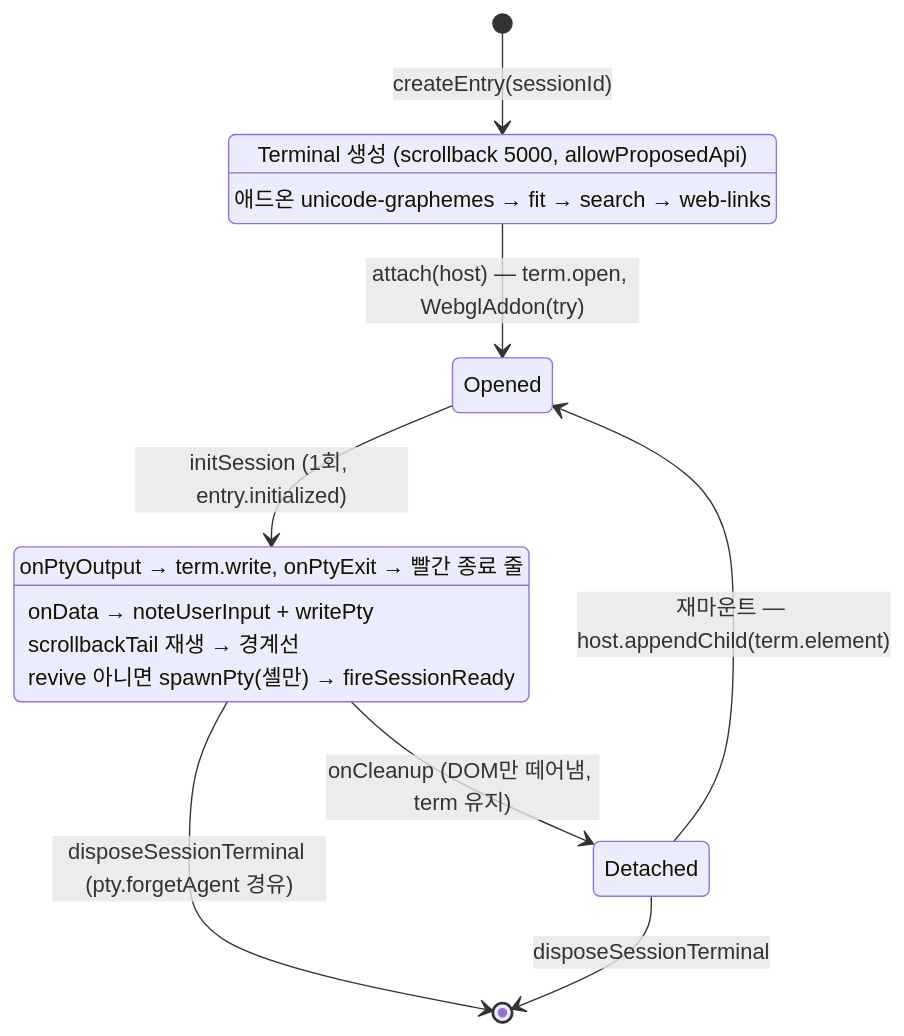
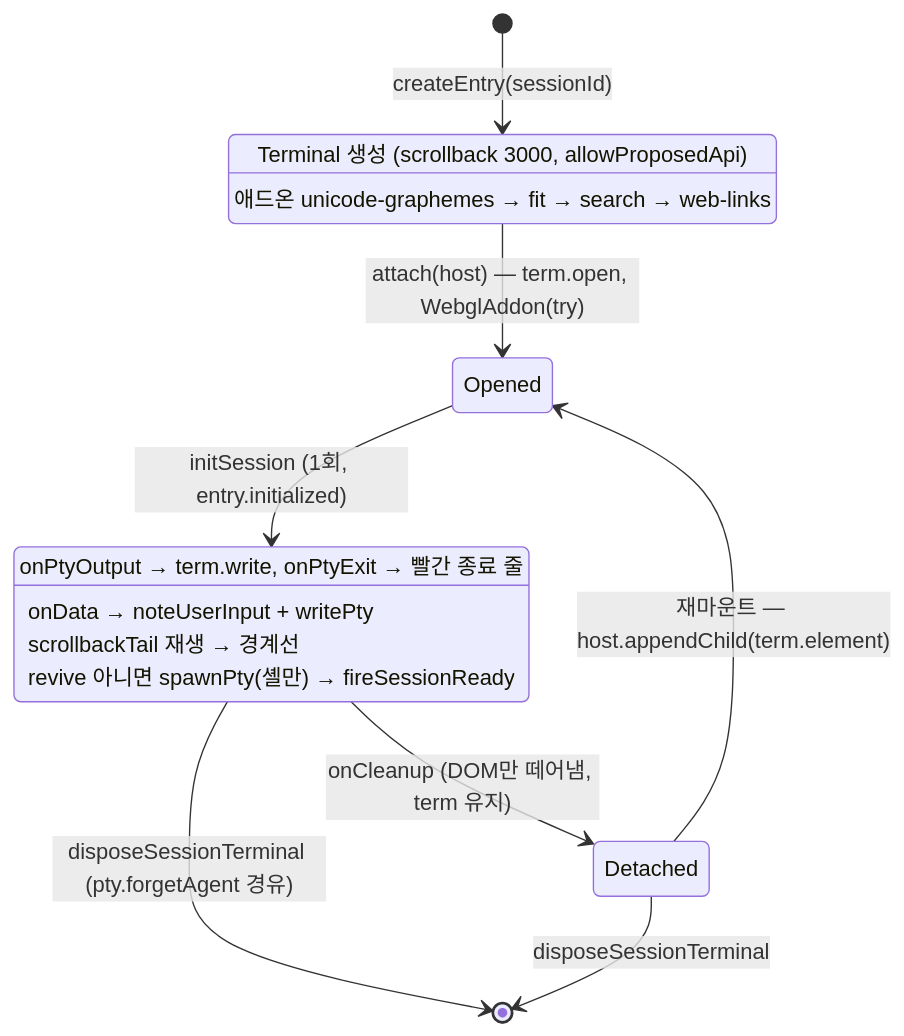
The ninth of 22 diagrams in docs/technical-guide.md (ReDocu/EQMUX), drawn with Mermaid before and after one commit. The commit also changed other lines of this file and 3 other files, not shown here.

````diff
--- a/docs/technical-guide.md
+++ b/docs/technical-guide.md
@@ -1009,16 +1009,16 @@
 ```mermaid
 stateDiagram-v2
   [*] --> Created : createEntry(sessionId)
-  Created : Terminal 생성 (scrollback 5000, allowProposedApi)
+  Created : Terminal 생성 (scrollback 3000, allowProposedApi)
   Created : 애드온 unicode-graphemes → fit → search → web-links
   Created --> Opened : attach(host) — term.open, WebglAddon(try)
   Opened --> Initialized : initSession (1회, entry.initialized)
   Initialized : onPtyOutput → term.write, onPtyExit → 빨간 종료 줄
   Initialized : onData → noteUserInput + writePty
   Initialized : scrollbackTail 재생 → 경계선
   Initialized : revive 아니면 spawnPty(셸만) → fireSessionReady
   Initialized --> Detached : onCleanup (DOM만 떼어냄, term 유지)
   Detached --> Opened : 재마운트 — host.appendChild(term.element)
   Initialized --> [*] : disposeSessionTerminal (pty.forgetAgent 경유)
   Detached --> [*] : disposeSessionTerminal
 ```
````
